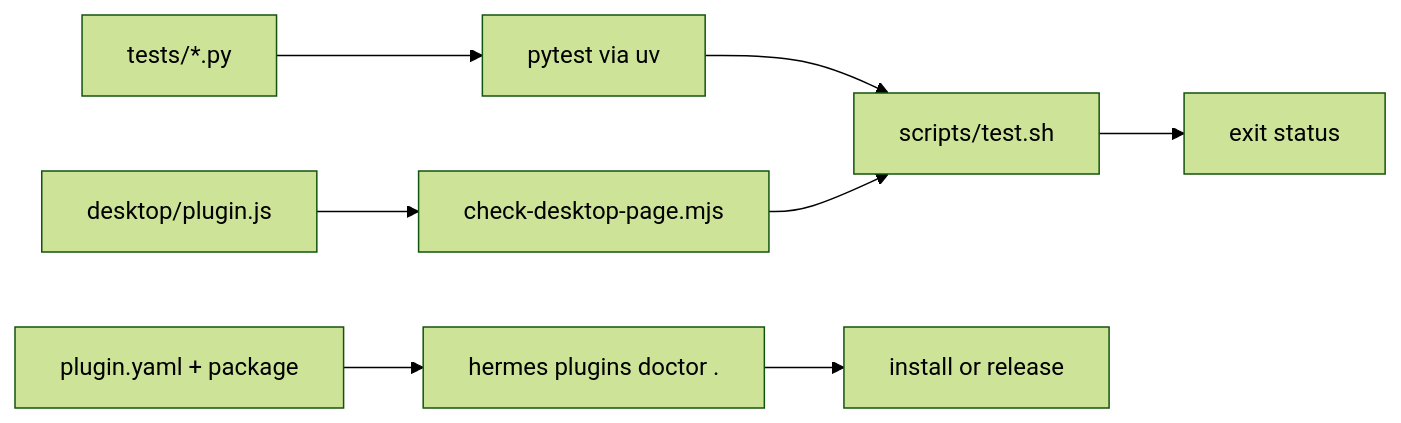
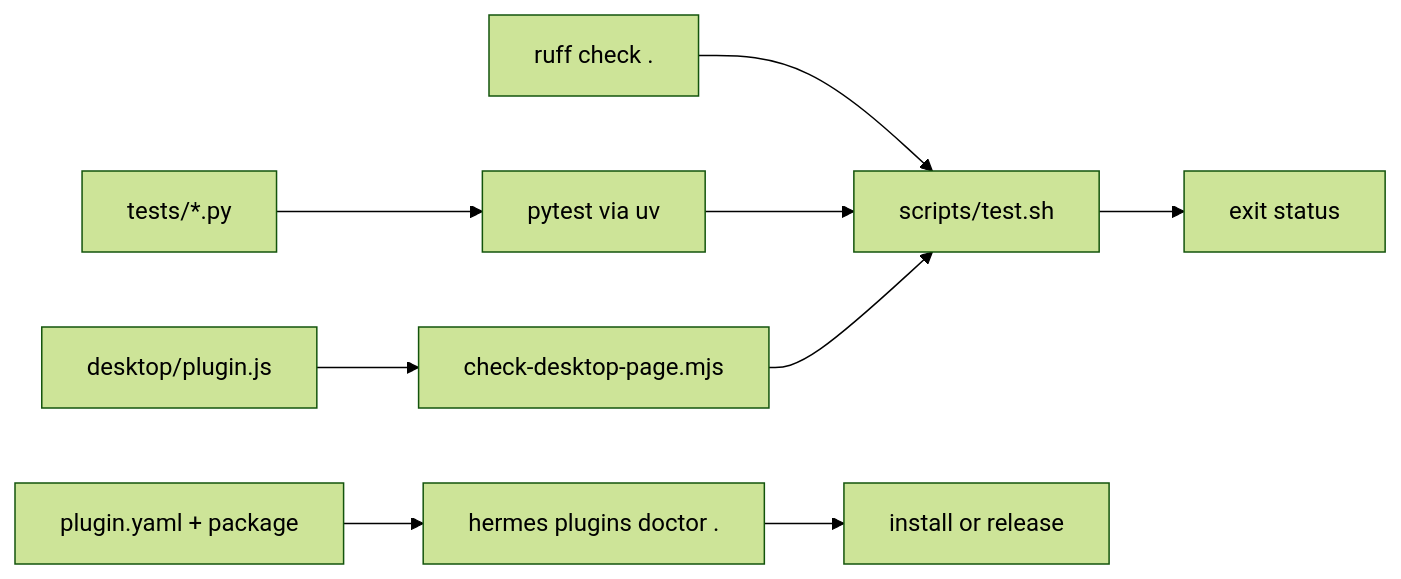
One commit to Printaga/Hermes-Coach changed the diagram in docs/wiki/build-and-test.md. Above: the diagram before and after it, drawn with Mermaid (forest theme). The commit also changed other lines of this file and 17 other files, not shown here.

````diff
--- a/docs/wiki/build-and-test.md
+++ b/docs/wiki/build-and-test.md
@@ -25,10 +28,11 @@
 ```mermaid
 flowchart LR
+  R[ruff check .] --> E[scripts/test.sh]
   A[tests/*.py] --> B[pytest via uv]
   C[desktop/plugin.js] --> D[check-desktop-page.mjs]
   B --> E[scripts/test.sh]
   D --> E
   E --> F[exit status]
   G[plugin.yaml + package] --> H[hermes plugins doctor .]
   H --> I[install or release]
 ```
````
